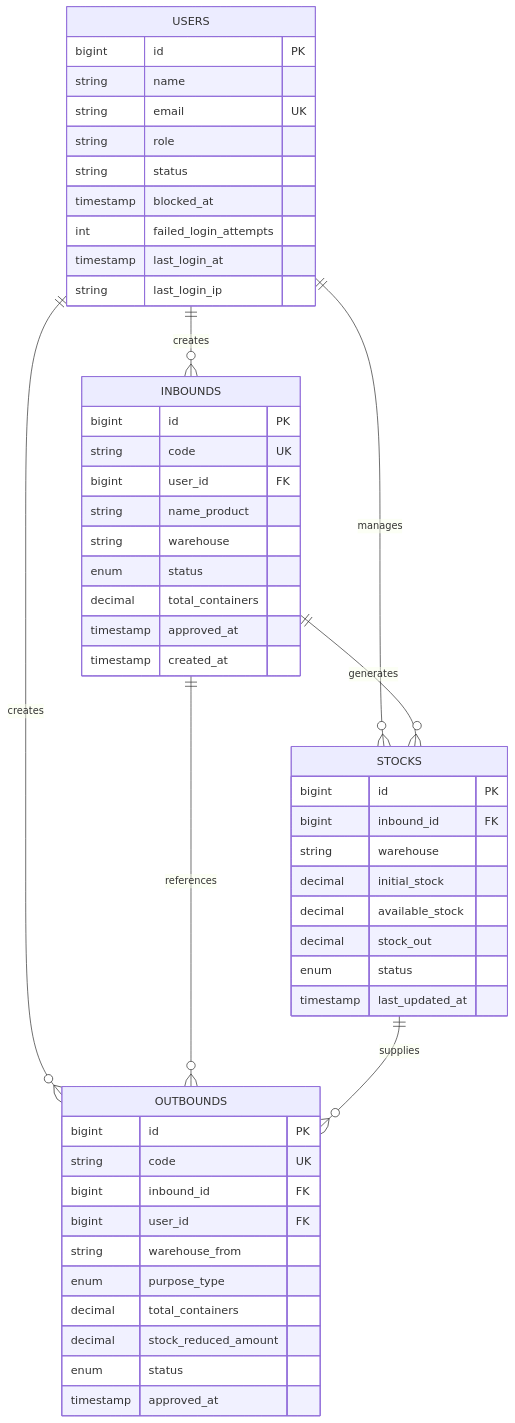
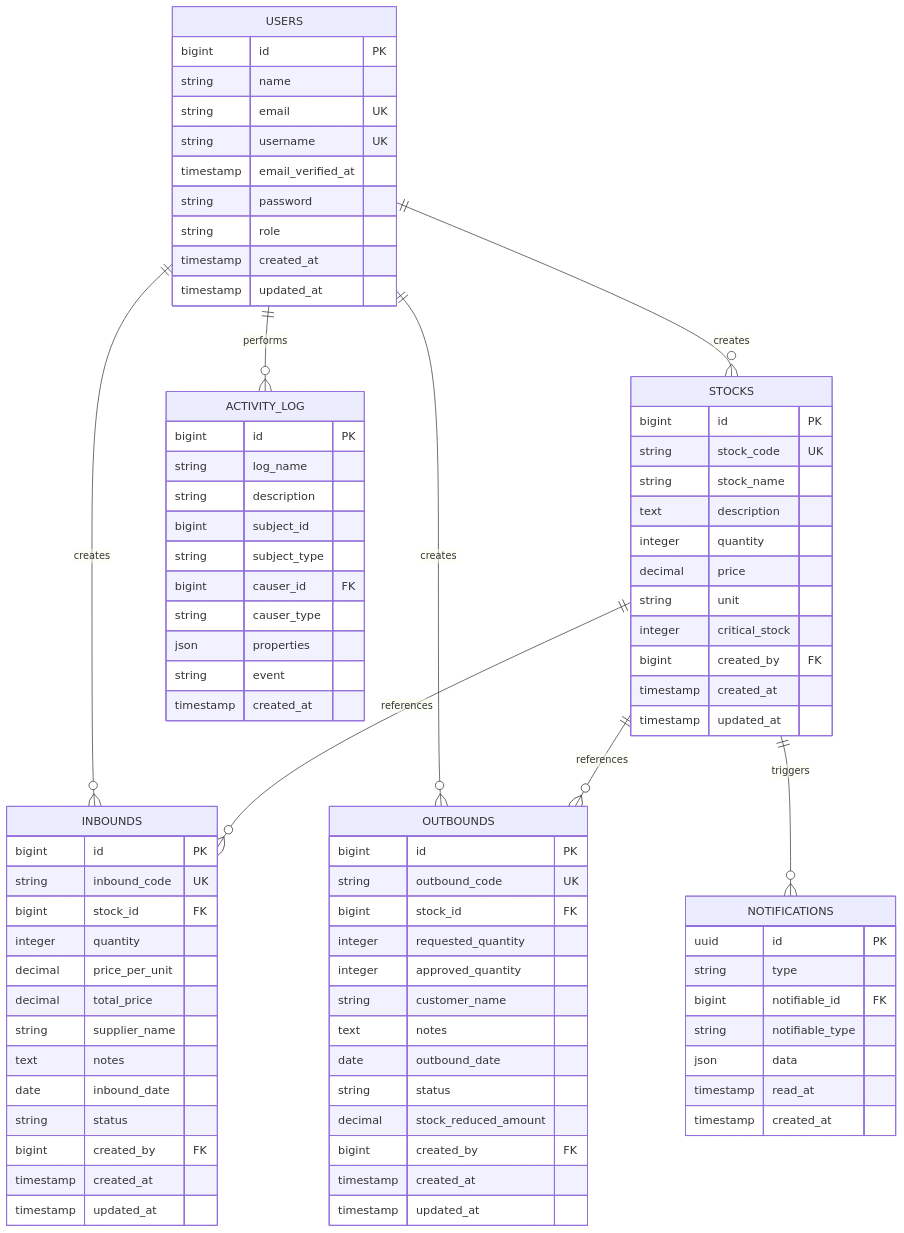
One commit to Halfirzzha/Warex-Management changed the third of 8 diagrams in README.md. Above: the diagram before and after it, drawn with Mermaid. The commit also changed other lines of this file and 114 other files, not shown here.

````diff
--- a/README.md
+++ b/README.md
@@ -113,59 +253,92 @@
 ```mermaid
 erDiagram
+    USERS ||--o{ STOCKS : creates
     USERS ||--o{ INBOUNDS : creates
     USERS ||--o{ OUTBOUNDS : creates
-    USERS ||--o{ STOCKS : manages
+    USERS ||--o{ ACTIVITY_LOG : performs
 
-    INBOUNDS ||--o{ STOCKS : generates
-    INBOUNDS ||--o{ OUTBOUNDS : references
-
-    STOCKS ||--o{ OUTBOUNDS : supplies
+    STOCKS ||--o{ INBOUNDS : references
+    STOCKS ||--o{ OUTBOUNDS : references
+    STOCKS ||--o{ NOTIFICATIONS : triggers
 
     USERS {
         bigint id PK
         string name
         string email UK
+        string username UK
+        timestamp email_verified_at
+        string password
         string role
-        string status
-        timestamp blocked_at
-        int failed_login_attempts
-        timestamp last_login_at
-        string last_login_ip
+        timestamp created_at
+        timestamp updated_at
+    }
+
+    STOCKS {
+        bigint id PK
+        string stock_code UK
+        string stock_name
+        text description
+        integer quantity
+        decimal price
+        string unit
+        integer critical_stock
+        bigint created_by FK
+        timestamp created_at
+        timestamp updated_at
     }
 
     INBOUNDS {
         bigint id PK
-        string code UK
-        bigint user_id FK
-        string name_product
-        string warehouse
-        enum status
-        decimal total_containers
-        timestamp approved_at
+        string inbound_code UK
+        bigint stock_id FK
+        integer quantity
+        decimal price_per_unit
+        decimal total_price
+        string supplier_name
+        text notes
+        date inbound_date
+        string status
+        bigint created_by FK
         timestamp created_at
-    }
-
-    STOCKS {
-        bigint id PK
-        bigint inbound_id FK
-        string warehouse
-        decimal initial_stock
-        decimal available_stock
-        decimal stock_out
-        enum status
-        timestamp last_updated_at
+        timestamp updated_at
     }
 
     OUTBOUNDS {
         bigint id PK
-        string code UK
-        bigint inbound_id FK
-        bigint user_id FK
-        string warehouse_from
-        enum purpose_type
-        decimal total_containers
+        string outbound_code UK
+        bigint stock_id FK
+        integer requested_quantity
+        integer approved_quantity
+        string customer_name
+        text notes
+        date outbound_date
+        string status
         decimal stock_reduced_amount
-        enum status
-        timestamp approved_at
+        bigint created_by FK
+        timestamp created_at
+        timestamp updated_at
+    }
+
+    NOTIFICATIONS {
+        uuid id PK
+        string type
+        bigint notifiable_id FK
+        string notifiable_type
+        json data
+        timestamp read_at
+        timestamp created_at
+    }
+
+    ACTIVITY_LOG {
+        bigint id PK
+        string log_name
+        string description
+        bigint subject_id
+        string subject_type
+        bigint causer_id FK
+        string causer_type
+        json properties
+        string event
+        timestamp created_at
     }
 ```
````
